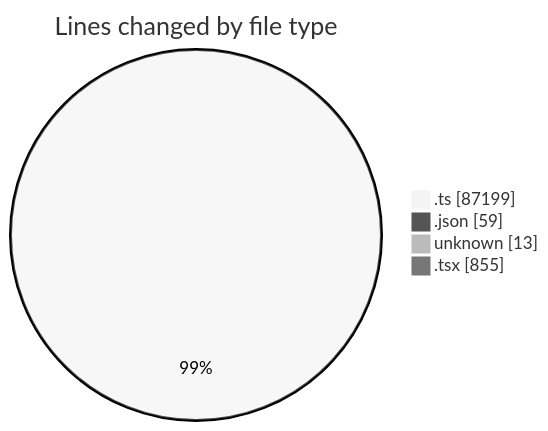
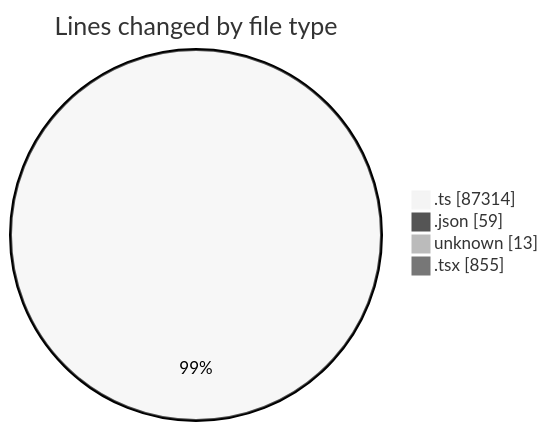
Before and after one commit to momahboobian/code-tracking: the first of 2 diagrams in 2025-09-09/cda/README.md, drawn with Mermaid (neutral theme). The commit also changed other lines of this file and 1 other file, not shown here.

````diff
--- a/2025-09-09/cda/README.md
+++ b/2025-09-09/cda/README.md
@@ -131,8 +131,8 @@
 ```mermaid
 pie showData
 title Lines changed by file type
-".ts" : 87199
+".ts" : 87314
 ".json" : 59
 "unknown" : 13
 ".tsx" : 855
 ```
````
